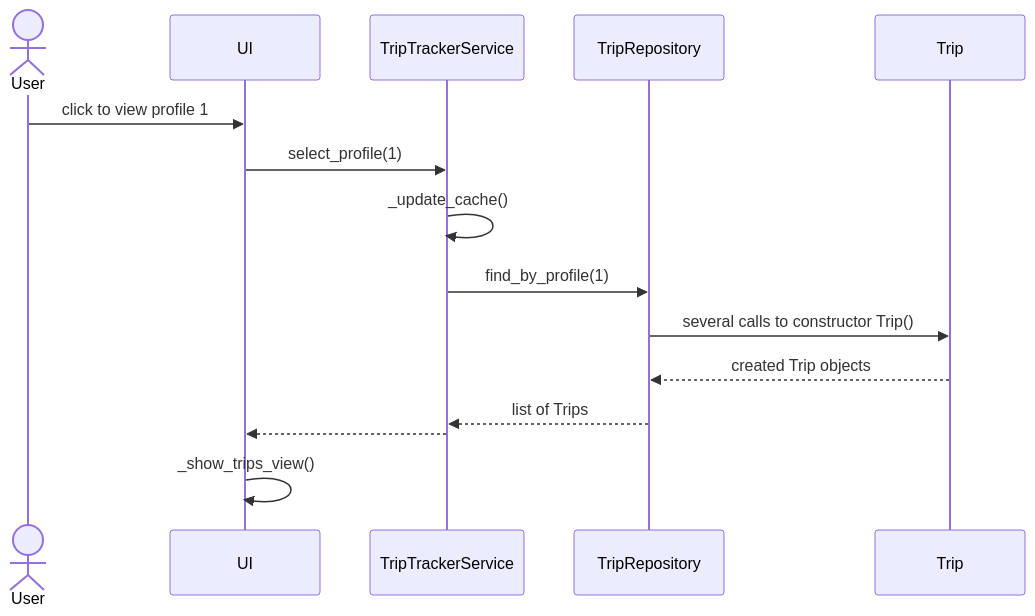
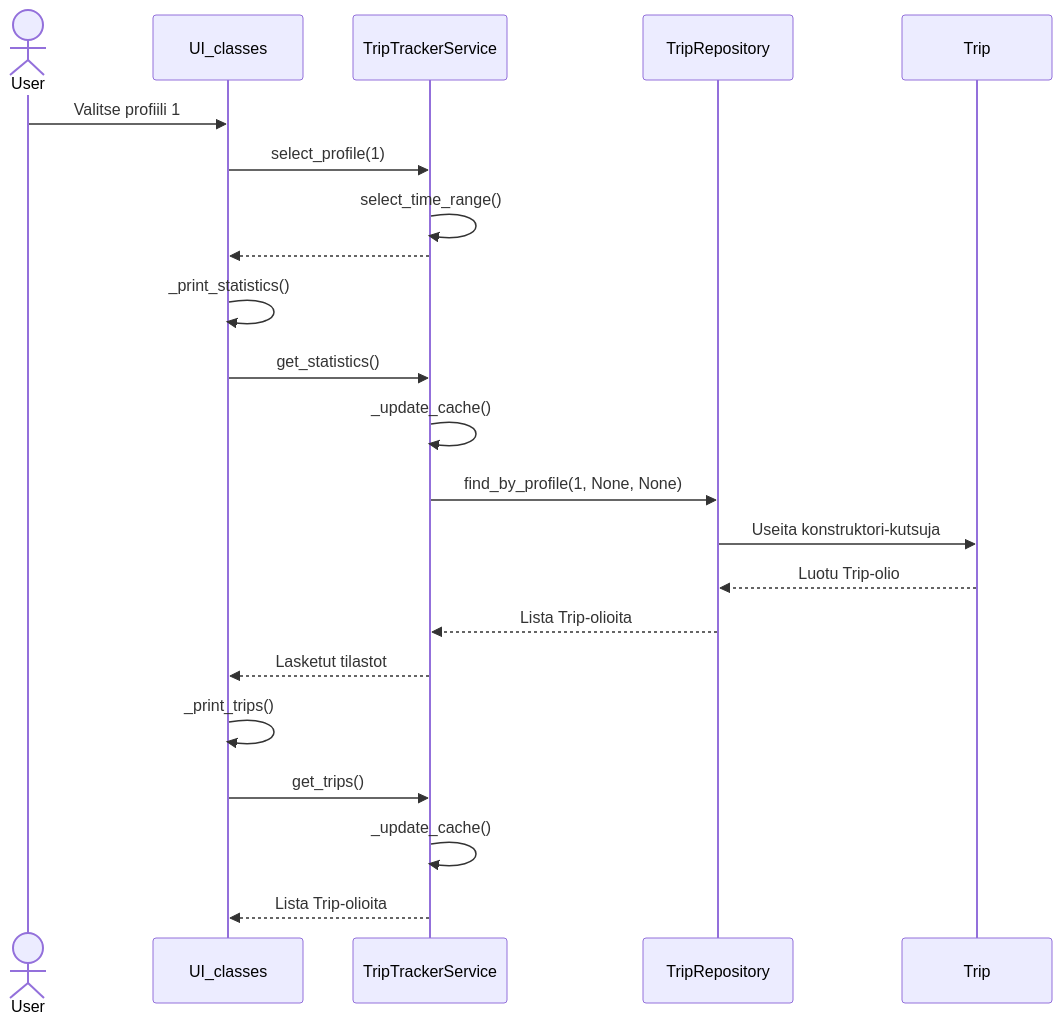
Before and after one commit to ArcticCoder/trip-tracker: the second of 3 diagrams in dokumentaatio/arkkitehtuuri.md, drawn with Mermaid. The commit also changed other lines of this file, not shown here.

````diff
--- a/dokumentaatio/arkkitehtuuri.md
+++ b/dokumentaatio/arkkitehtuuri.md
@@ -36,15 +46,22 @@
 ```mermaid
  sequenceDiagram
  
  actor User
- User ->> UI : click to view profile 1
+ User ->> UI_classes : Valitse profiili 1
  
- UI ->> TripTrackerService : select_profile(1)
+ UI_classes ->> TripTrackerService : select_profile(1)
+ TripTrackerService ->> TripTrackerService : select_time_range()
+ TripTrackerService -->> UI_classes : 
+ UI_classes ->> UI_classes : _print_statistics()
+ UI_classes ->> TripTrackerService : get_statistics()
  TripTrackerService ->> TripTrackerService : _update_cache()
- TripTrackerService ->> TripRepository : find_by_profile(1)
- TripRepository ->> Trip : several calls to constructor Trip()
- Trip -->> TripRepository : created Trip objects
- TripRepository -->> TripTrackerService : list of Trips
- TripTrackerService -->> UI : 
- UI ->> UI : _show_trips_view()
+ TripTrackerService ->> TripRepository : find_by_profile(1, None, None)
+ TripRepository ->> Trip : Useita konstruktori-kutsuja
+ Trip -->> TripRepository : Luotu Trip-olio
+ TripRepository -->> TripTrackerService : Lista Trip-olioita
+ TripTrackerService -->> UI_classes : Lasketut tilastot
+ UI_classes ->> UI_classes : _print_trips()
+ UI_classes ->> TripTrackerService : get_trips()
+ TripTrackerService ->> TripTrackerService : _update_cache()
+ TripTrackerService -->> UI_classes : Lista Trip-olioita
 ```
````
